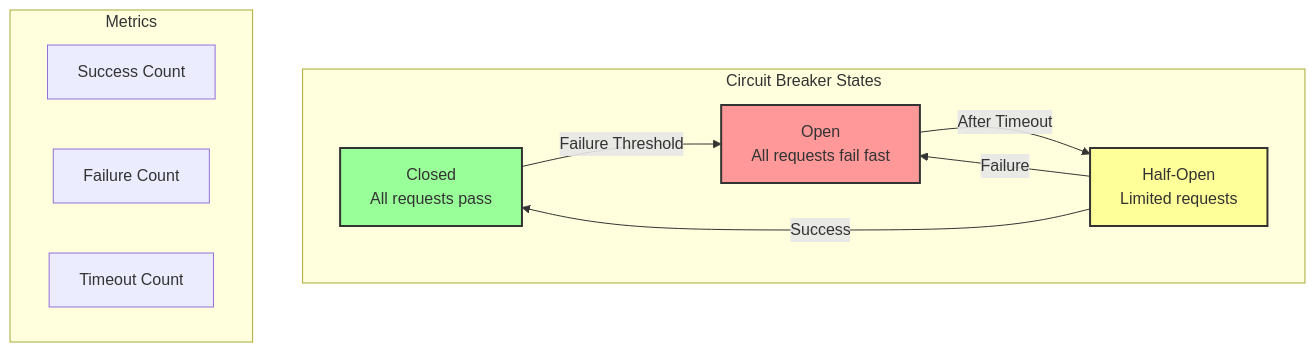
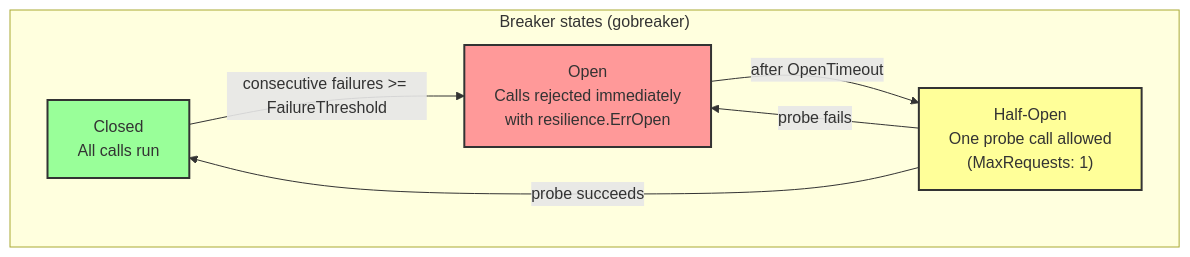
The first of 2 diagrams in docs/architecture/resilience.md (Kalaganov-Konstantin/eventflow-commerce), drawn with Mermaid before and after one commit. The commit also changed other lines of this file and 7 other files, not shown here.

Commit message:
docs: refresh the architecture documents

````diff
--- a/docs/architecture/resilience.md
+++ b/docs/architecture/resilience.md
@@ -9,23 +17,22 @@
 ```mermaid
 graph TB
-    subgraph "Circuit Breaker States"
-        CLOSED[Closed<br/>All requests pass]
-        OPEN[Open<br/>All requests fail fast]
-        HALF[Half-Open<br/>Limited requests]
+    subgraph "Breaker states (gobreaker)"
+        CLOSED["Closed
+All calls run"]
+        OPEN["Open
+Calls rejected immediately
+with resilience.ErrOpen"]
+        HALF["Half-Open
+One probe call allowed
+(MaxRequests: 1)"]
     end
 
-    subgraph "Metrics"
-        SUCC[Success Count]
-        FAIL[Failure Count]
-        TIMEOUT[Timeout Count]
-    end
-
-    CLOSED -->|Failure Threshold| OPEN
-    OPEN -->|After Timeout| HALF
-    HALF -->|Success| CLOSED
-    HALF -->|Failure| OPEN
+    CLOSED -->|"consecutive failures >= FailureThreshold"| OPEN
+    OPEN -->|"after OpenTimeout"| HALF
+    HALF -->|"probe succeeds"| CLOSED
+    HALF -->|"probe fails"| OPEN
 
     style CLOSED fill:#9f9,stroke:#333,stroke-width:2px
     style OPEN fill:#f99,stroke:#333,stroke-width:2px
     style HALF fill:#ff9,stroke:#333,stroke-width:2px
 ```
````
